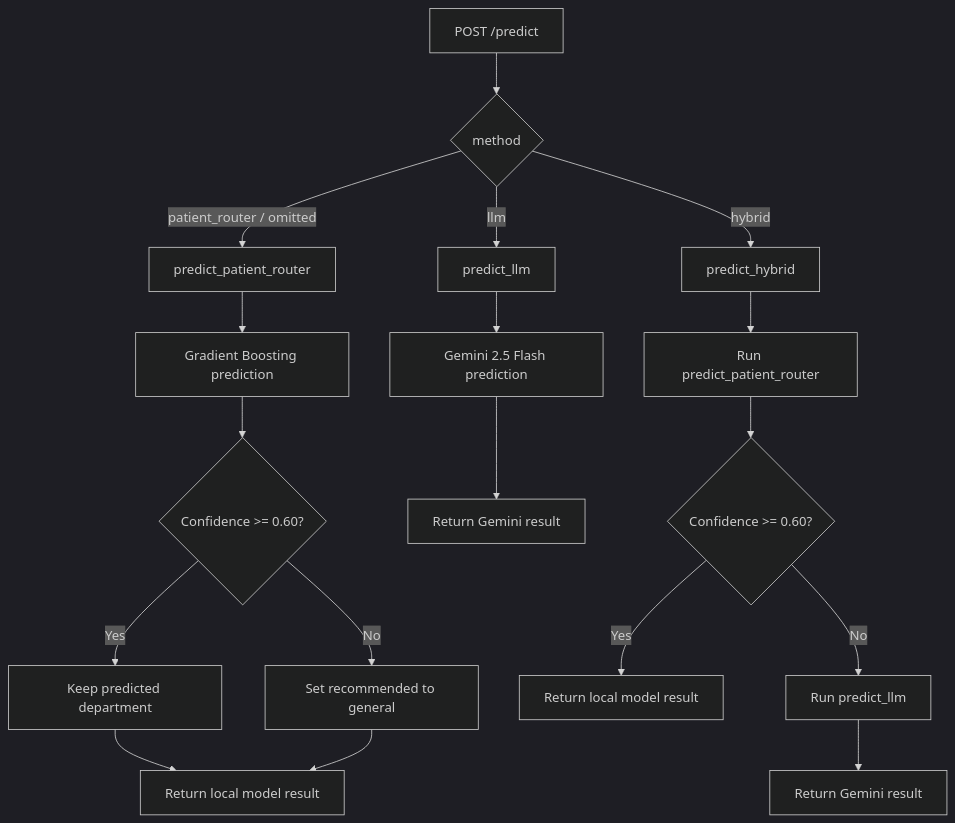
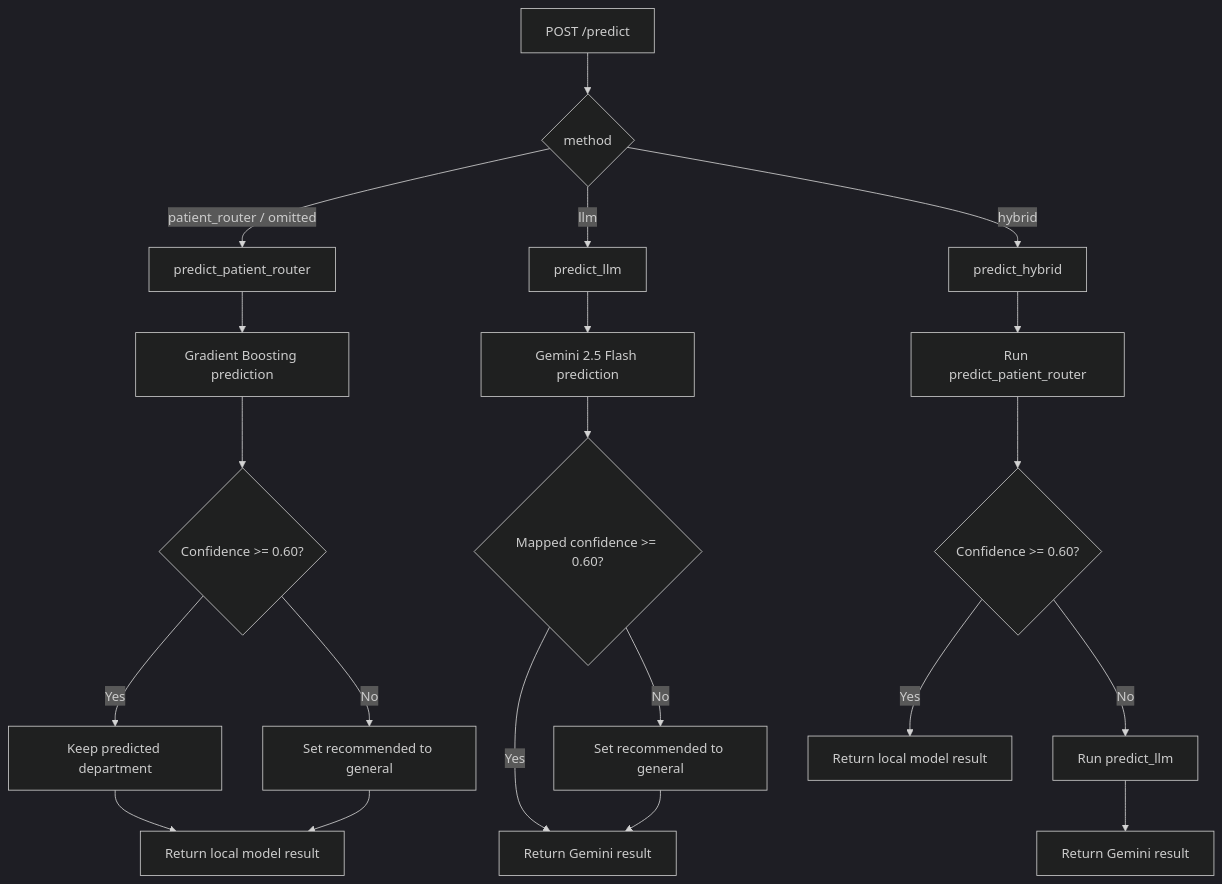
One commit to AyusmanNanda/patient-router changed the second of 6 diagrams in docs/architecture.md. Above: the diagram before and after it, drawn with Mermaid (dark theme). The commit also changed other lines of this file and 8 other files, not shown here.

Commit message:
backend: fall back to general on low Gemini confidence, update docs

````diff
--- a/docs/architecture.md
+++ b/docs/architecture.md
@@ -67,23 +67,26 @@
 ```mermaid
 flowchart TD
     A[POST /predict] --> B{method}
     B -- patient_router / omitted --> C[predict_patient_router]
     B -- llm --> D[predict_llm]
     B -- hybrid --> E[predict_hybrid]
 
     C --> F[Gradient Boosting prediction]
     F --> G{Confidence >= 0.60?}
     G -- Yes --> H[Keep predicted department]
     G -- No --> I[Set recommended to general]
     H --> J[Return local model result]
     I --> J
 
     D --> K[Gemini 2.5 Flash prediction]
-    K --> L[Return Gemini result]
+    K --> R{Mapped confidence >= 0.60?}
+    R -- Yes --> L[Return Gemini result]
+    R -- No --> S[Set recommended to general]
+    S --> L
 
     E --> M[Run predict_patient_router]
     M --> N{Confidence >= 0.60?}
     N -- Yes --> O[Return local model result]
     N -- No --> P[Run predict_llm]
     P --> Q[Return Gemini result]
 ```
````
